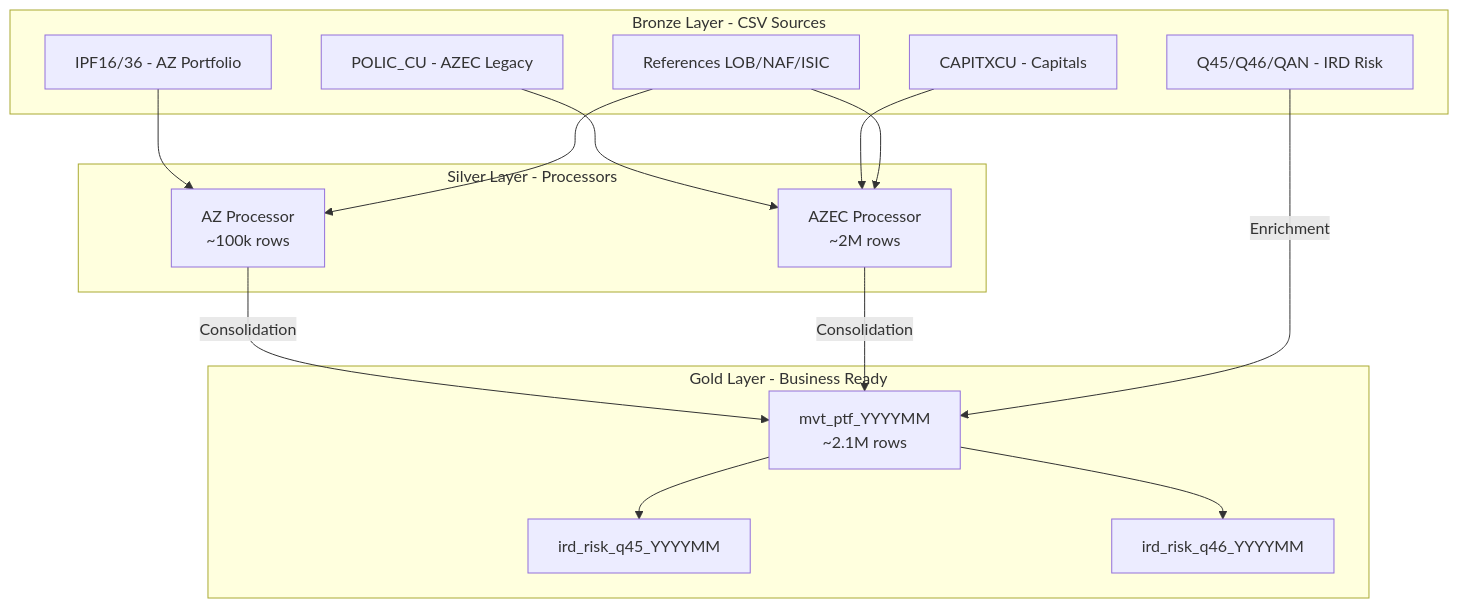
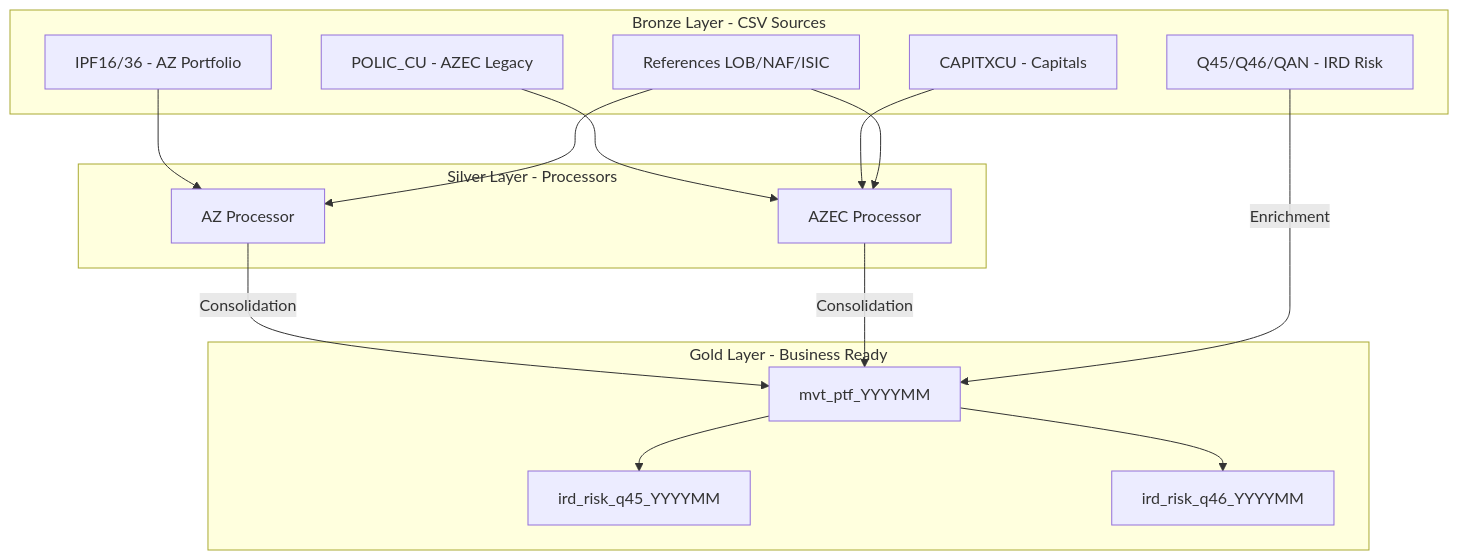
Before and after one commit to EngineerProjects/LocalIngest: the fourth of 4 diagrams in code/new_python/docs/flux_donnees_pipelines.md, drawn with Mermaid. The commit also changed other lines of this file and 11 other files, not shown here.

````diff
--- a/code/new_python/docs/flux_donnees_pipelines.md
+++ b/code/new_python/docs/flux_donnees_pipelines.md
@@ -213,35 +213,35 @@
 ```mermaid
 graph TB
     subgraph "Bronze Layer - CSV Sources"
         B1[IPF16/36 - AZ Portfolio]
         B2[POLIC_CU - AZEC Legacy]
         B3[CAPITXCU - Capitals]
         B4[Q45/Q46/QAN - IRD Risk]
         B5[References LOB/NAF/ISIC]
     end
     
     subgraph "Silver Layer - Processors"
-        S1[AZ Processor<br/>~100k rows]
-        S2[AZEC Processor<br/>~2M rows]
+        S1[AZ Processor]
+        S2[AZEC Processor]
     end
     
     subgraph "Gold Layer - Business Ready"
-        G1[mvt_ptf_YYYYMM<br/>~2.1M rows]
+        G1[mvt_ptf_YYYYMM]
         G2[ird_risk_q45_YYYYMM]
         G3[ird_risk_q46_YYYYMM]
     end
     
     B1 --> S1
     B2 --> S2
     B3 --> S2
     B5 --> S1
     B5 --> S2
     
     S1 --> |Consolidation| G1
     S2 --> |Consolidation| G1
     
     B4 --> |Enrichment| G1
     
     G1 --> G2
     G1 --> G3
 ```
````
